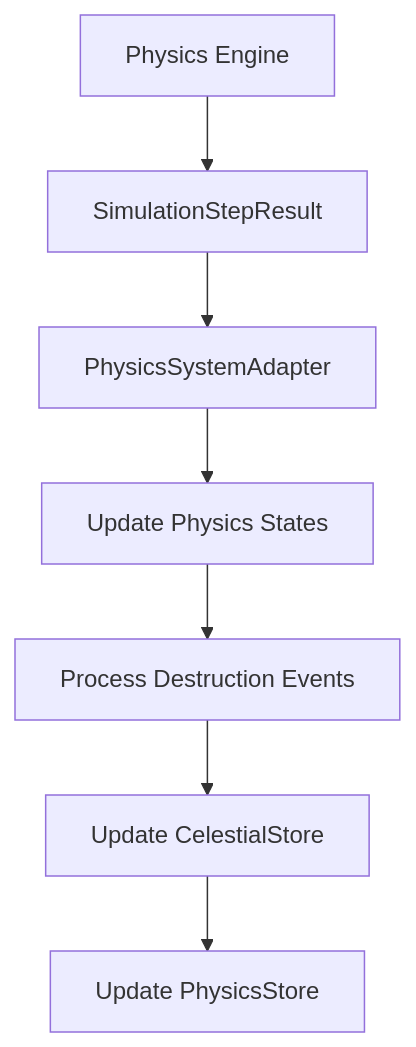
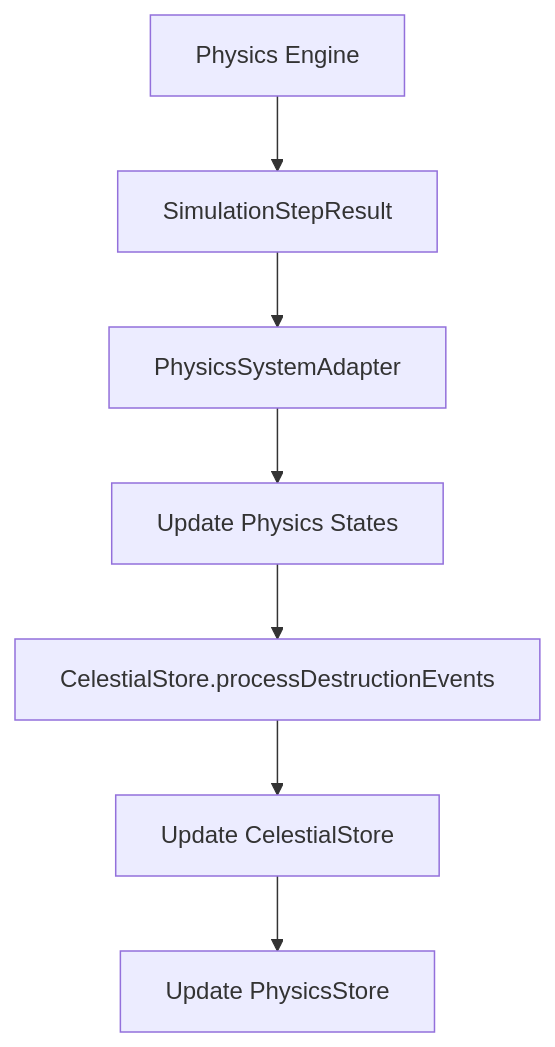
The second of 2 diagrams in vault/teskooano/core/core-state/PhysicsSystemAdapter.md (tanepiper/teskooano), drawn with Mermaid before and after one commit. The commit also changed other lines of this file and 31 other files, not shown here.

````diff
--- a/vault/teskooano/core/core-state/PhysicsSystemAdapter.md
+++ b/vault/teskooano/core/core-state/PhysicsSystemAdapter.md
@@ -109,9 +125,9 @@
 ```mermaid
 graph TD
     A[Physics Engine] --> B[SimulationStepResult]
     B --> C[PhysicsSystemAdapter]
     C --> D[Update Physics States]
-    D --> E[Process Destruction Events]
+    D --> E[CelestialStore.processDestructionEvents]
     E --> F[Update CelestialStore]
     F --> G[Update PhysicsStore]
 ```
````
